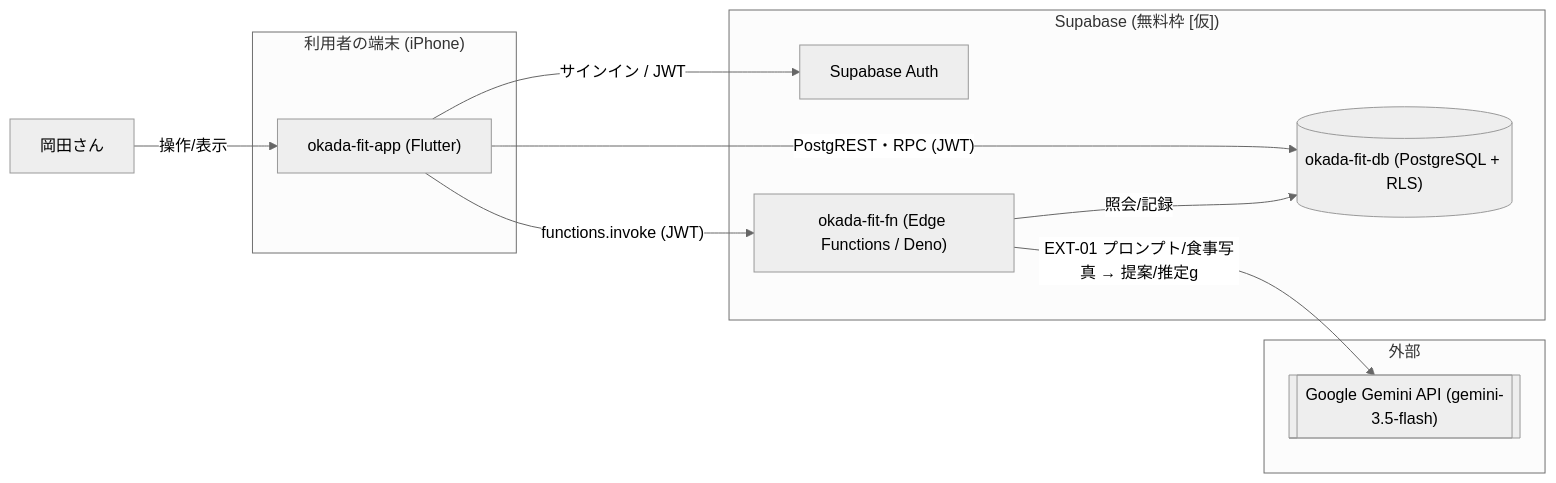
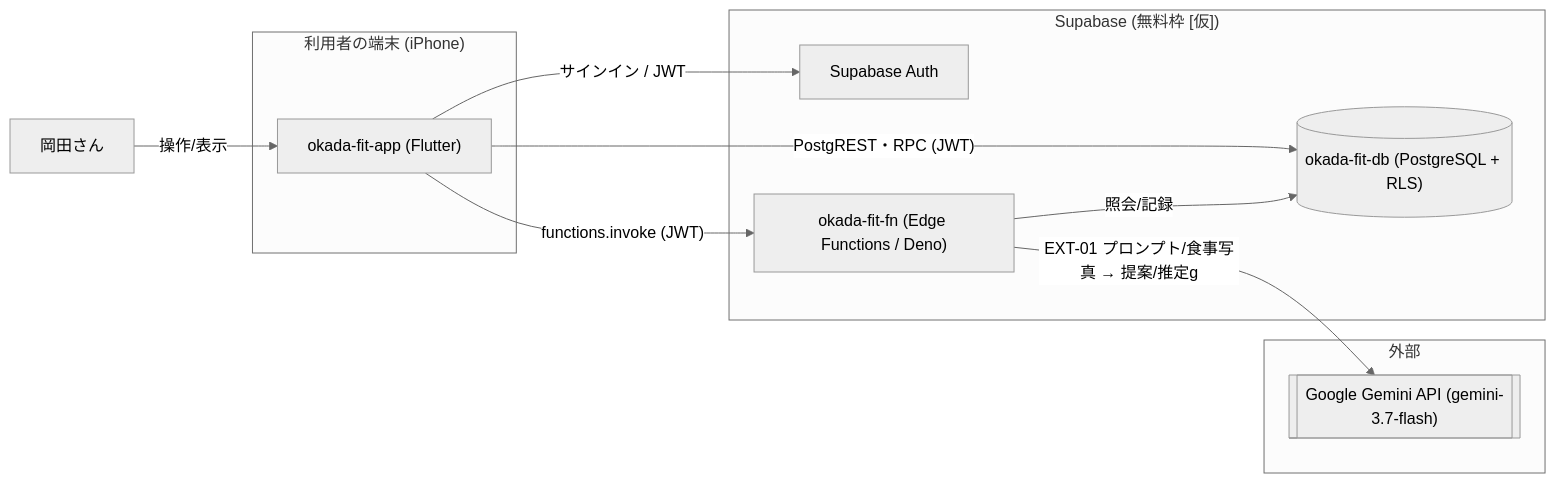
One commit to k-okada51/okada-fit changed the diagram in docs/02_設計/10_システム基本設計/01_構成要素.md. Above: the diagram before and after it, drawn with Mermaid (neutral theme). The commit also changed 13 other files, not shown here.

First line of the commit message:
設計: 既定モデルを gemini-3.7-flash へ（ADR-0025）、解析プロンプトを確定（ADR-0026）

````diff
--- a/docs/02_設計/10_システム基本設計/01_構成要素.md
+++ b/docs/02_設計/10_システム基本設計/01_構成要素.md
@@ -46,21 +46,21 @@
 ```mermaid
 flowchart LR
   subgraph EXT[外部]
-    GEMINI[["Google Gemini API (gemini-3.5-flash)"]]
+    GEMINI[["Google Gemini API (gemini-3.7-flash)"]]
   end
   subgraph DEV["利用者の端末 (iPhone)"]
     APP["okada-fit-app (Flutter)"]
   end
   subgraph SB["Supabase (無料枠 [仮])"]
     AUTH["Supabase Auth"]
     FN["okada-fit-fn (Edge Functions / Deno)"]
     DB[("okada-fit-db (PostgreSQL + RLS)")]
   end
 
   U["岡田さん"] -- 操作/表示 --> APP
   APP -- "サインイン / JWT" --> AUTH
   APP -- "PostgREST・RPC (JWT)" --> DB
   APP -- "functions.invoke (JWT)" --> FN
   FN -- 照会/記録 --> DB
   FN -- "EXT-01 プロンプト/食事写真 → 提案/推定g" --> GEMINI
 ```
````
